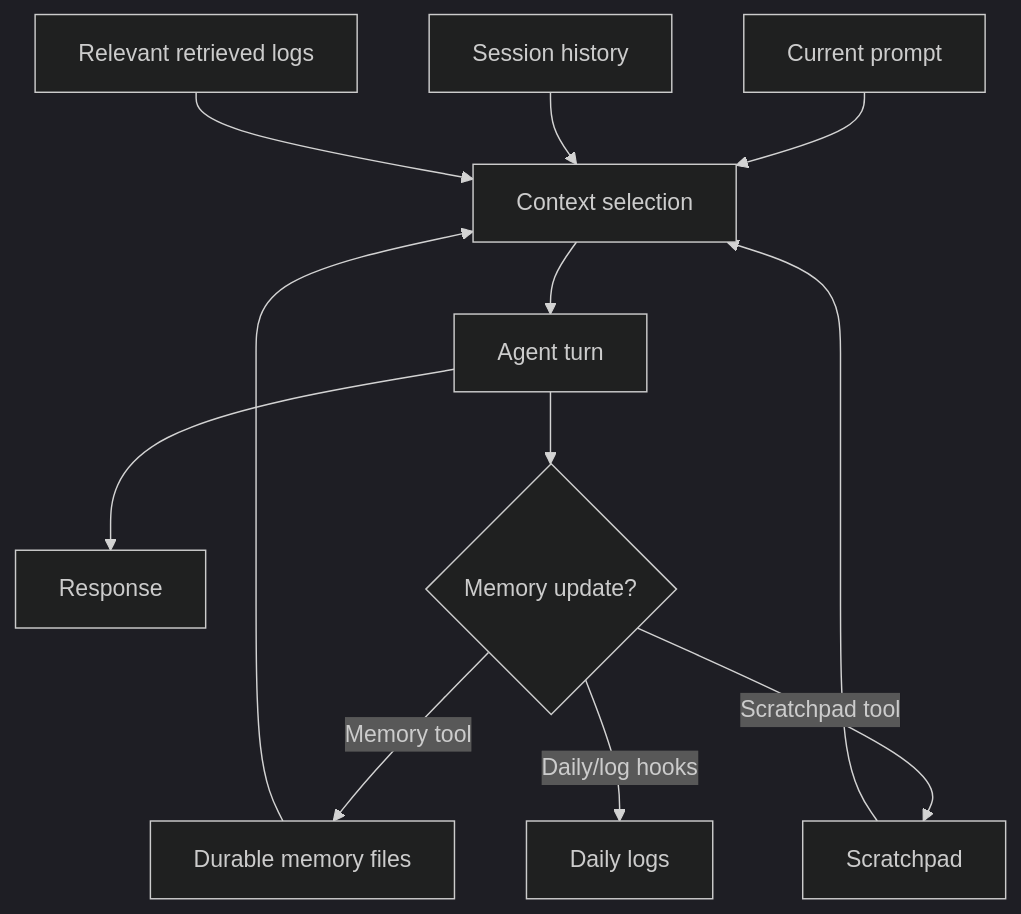
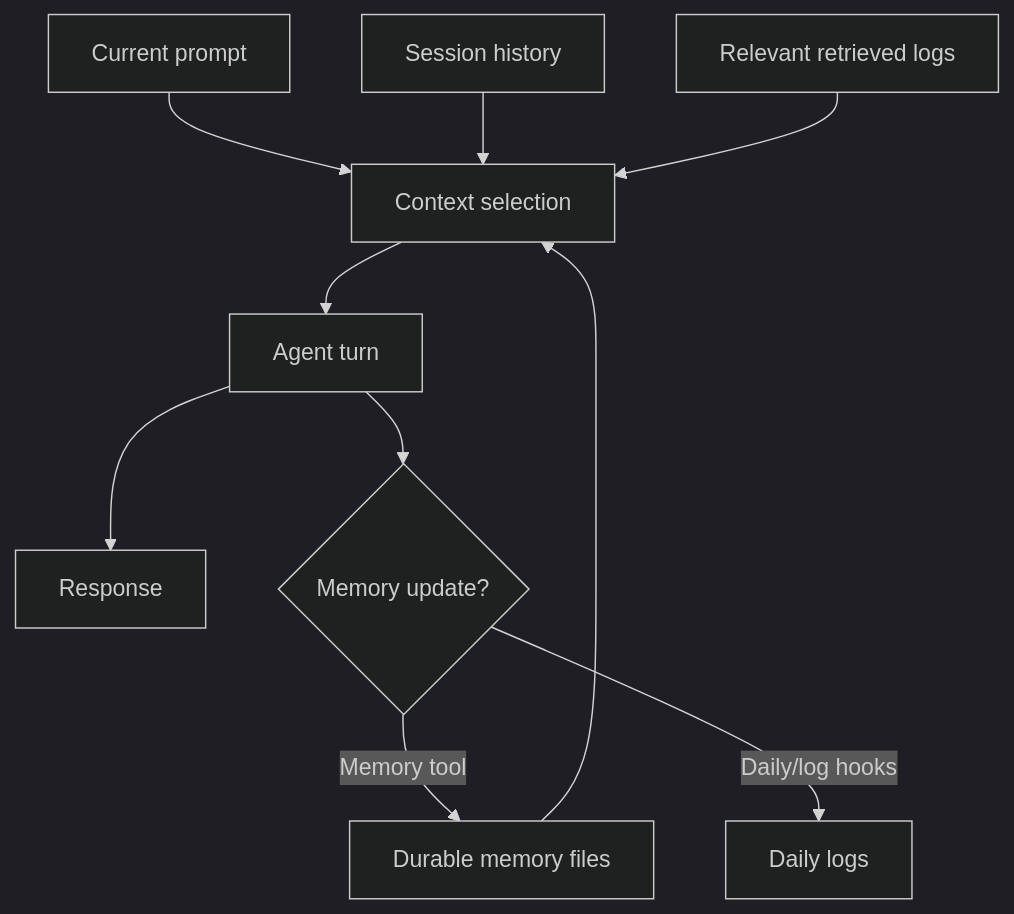
Before and after one commit to sero-labs/sero: the diagram in apps/docs-site/docs/guide/memory.md, drawn with Mermaid (dark theme). The commit also changed other lines of this file and 46 other files, not shown here.

````diff
--- a/apps/docs-site/docs/guide/memory.md
+++ b/apps/docs-site/docs/guide/memory.md
@@ -50,15 +48,13 @@
 ```mermaid
 flowchart TD
   Prompt[Current prompt] --> ContextBudget[Context selection]
   Session[Session history] --> ContextBudget
   MemoryFiles[Durable memory files] --> ContextBudget
-  Scratchpad[Scratchpad] --> ContextBudget
   Search[Relevant retrieved logs] --> ContextBudget
 
   ContextBudget --> Agent[Agent turn]
   Agent --> Response[Response]
   Agent --> Updates{Memory update?}
   Updates -->|Memory tool| MemoryFiles
-  Updates -->|Scratchpad tool| Scratchpad
   Updates -->|"Daily/log hooks"| Daily[Daily logs]
 ```
````
